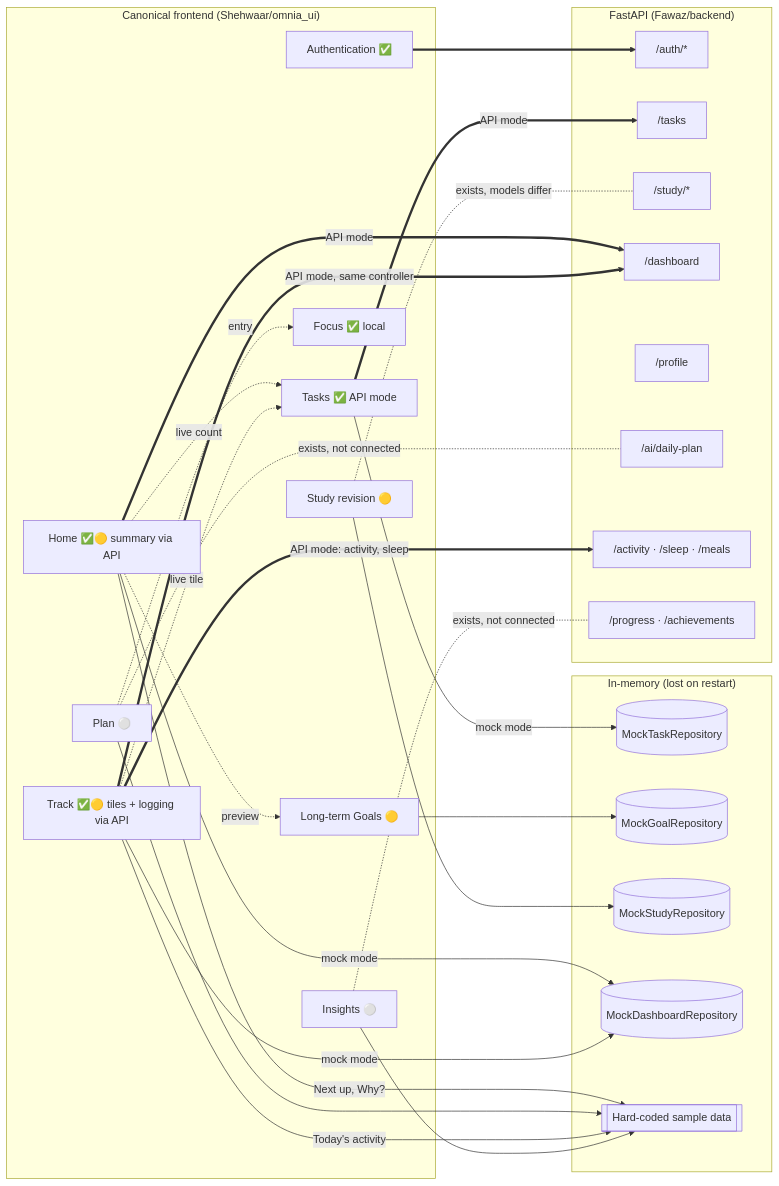
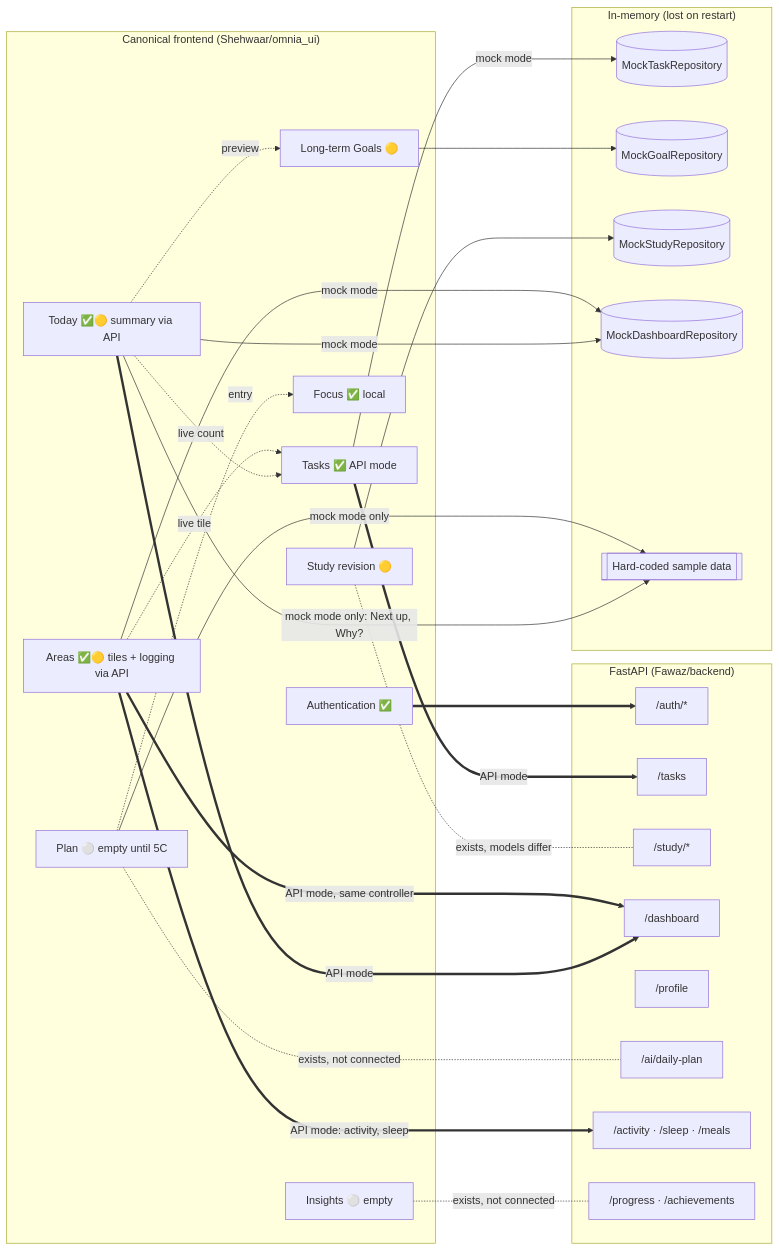
One commit to Gaoher-1207/omnia changed the diagram in docs/omnia-vault/Current Status.md. Above: the diagram before and after it, drawn with Mermaid. The commit also changed other lines of this file and 71 other files, not shown here.

Commit message:
Refine Omnia UX architecture and design system

````diff
--- a/docs/omnia-vault/Current Status.md
+++ b/docs/omnia-vault/Current Status.md
@@ -17,54 +17,52 @@
 ```mermaid
 flowchart LR
     subgraph FE["Canonical frontend (Shehwaar/omnia_ui)"]
         AUTH["Authentication ✅"]
         TASKS["Tasks ✅ API mode"]
         GOALS["Long-term Goals 🟡"]
         FOCUS["Focus ✅ local"]
         STUDY["Study revision 🟡"]
-        HOME["Home ✅🟡 summary via API"]
-        PLAN["Plan ⚪"]
-        TRACK["Track ✅🟡 tiles + logging via API"]
-        INS["Insights ⚪"]
+        HOME["Today ✅🟡 summary via API"]
+        PLAN["Plan ⚪ empty until 5C"]
+        TRACK["Areas ✅🟡 tiles + logging via API"]
+        INS["Insights ⚪ empty"]
     end
     subgraph Local["In-memory (lost on restart)"]
         MT[(MockTaskRepository)]
         MG[(MockGoalRepository)]
         MS[(MockStudyRepository)]
         MD[(MockDashboardRepository)]
         SD[["Hard-coded sample data"]]
     end
     subgraph BE["FastAPI (Fawaz/backend)"]
         A1["/auth/*"]
         T1["/tasks"]
         S1["/study/*"]
         D1["/dashboard"]
         PF["/profile"]
         P1["/ai/daily-plan"]
         TR["/activity · /sleep · /meals"]
         PR["/progress · /achievements"]
     end
 
     AUTH ==> A1
     TASKS -->|mock mode| MT
     TASKS ==>|API mode| T1
     GOALS --> MG
     STUDY --> MS
     HOME -->|mock mode| MD
     HOME ==>|API mode| D1
-    HOME -->|Next up, Why?| SD
-    PLAN --> SD
+    HOME -->|mock mode only: Next up, Why?| SD
+    PLAN -->|mock mode only| SD
     TRACK -->|mock mode| MD
     TRACK ==>|API mode, same controller| D1
-    TRACK -->|Today's activity| SD
-    INS --> SD
     HOME -.->|live count| TASKS
     HOME -.->|preview| GOALS
     TRACK -.->|live tile| TASKS
     PLAN -.->|entry| FOCUS
 
     STUDY -.-|exists, models differ| S1
     PLAN -.-|exists, not connected| P1
     TRACK ==>|API mode: activity, sleep| TR
     INS -.-|exists, not connected| PR
 ```
````
